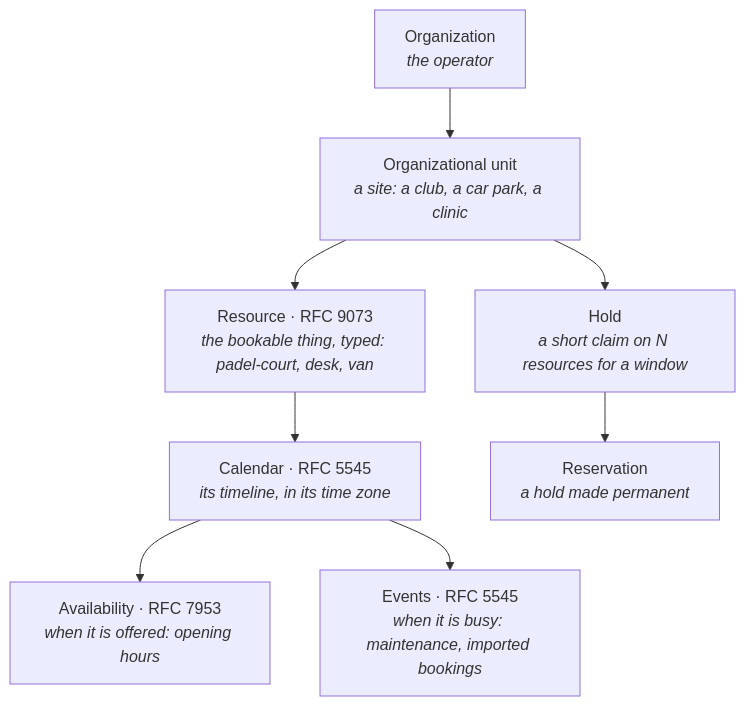
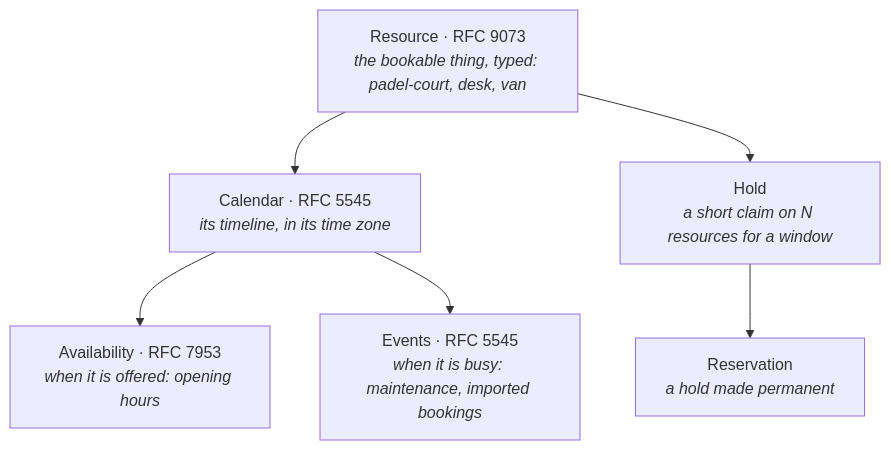
Before and after one commit to shokki-engineering/freebusy: the second of 8 diagrams in README.md, drawn with Mermaid. The commit also changed other lines of this file and 229 other files, not shown here.

First line of the commit message:
Refactor e2e tests to remove organization and site dependencies

````diff
--- a/README.md
+++ b/README.md
@@ -73,10 +74,9 @@
 ```mermaid
 flowchart TD
-    ORG["Organization<br/><i>the operator</i>"] --> OU["Organizational unit<br/><i>a site: a club, a car park, a clinic</i>"]
-    OU --> RES["Resource · RFC 9073<br/><i>the bookable thing, typed: padel-court, desk, van</i>"]
+    RES["Resource · RFC 9073<br/><i>the bookable thing, typed: padel-court, desk, van</i>"]
     RES --> CAL["Calendar · RFC 5545<br/><i>its timeline, in its time zone</i>"]
     CAL --> AV["Availability · RFC 7953<br/><i>when it is offered: opening hours</i>"]
     CAL --> EV["Events · RFC 5545<br/><i>when it is busy: maintenance, imported bookings</i>"]
-    OU --> HOLD["Hold<br/><i>a short claim on N resources for a window</i>"]
+    RES --> HOLD["Hold<br/><i>a short claim on N resources for a window</i>"]
     HOLD --> RSV["Reservation<br/><i>a hold made permanent</i>"]
 ```
````
